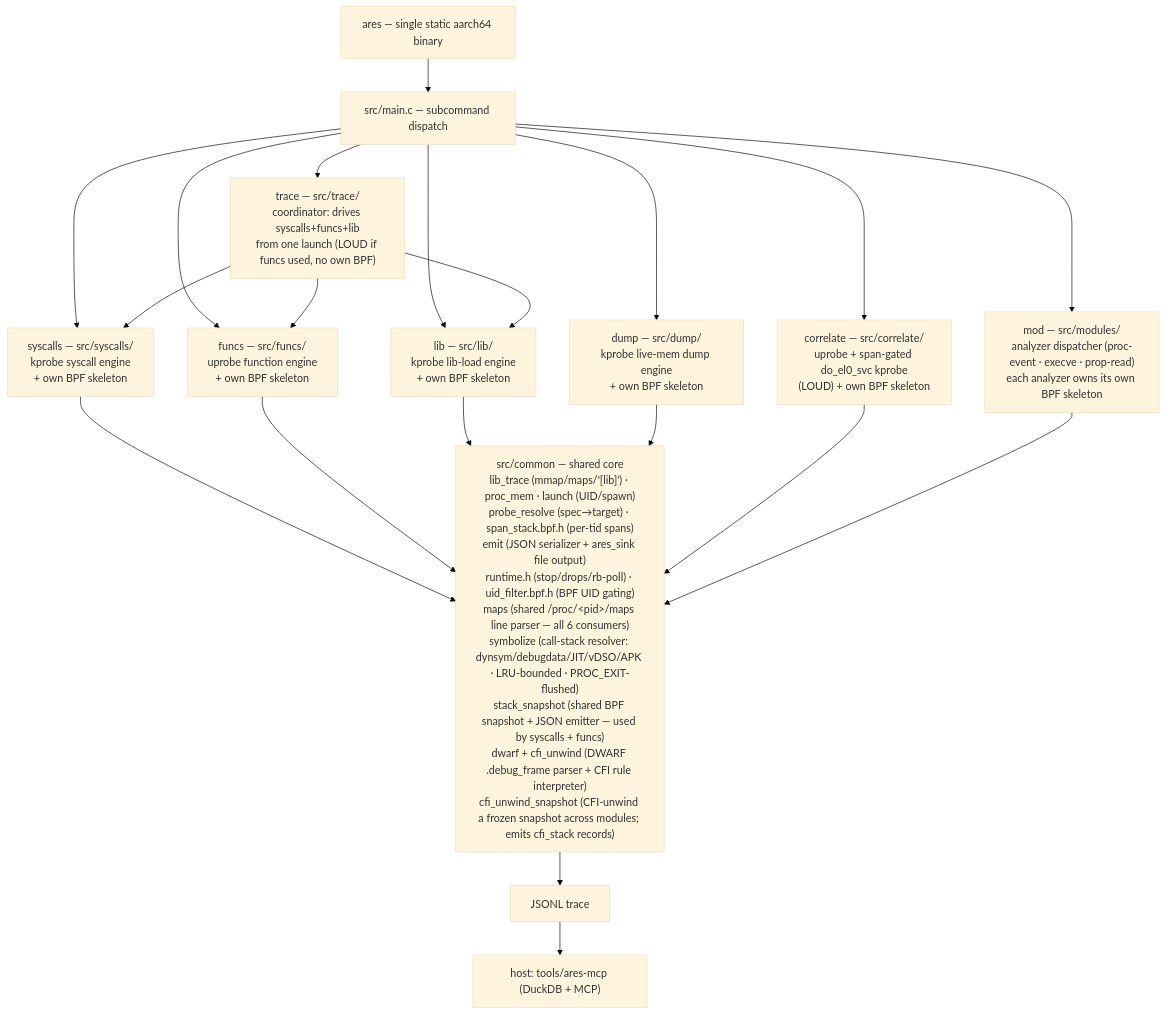
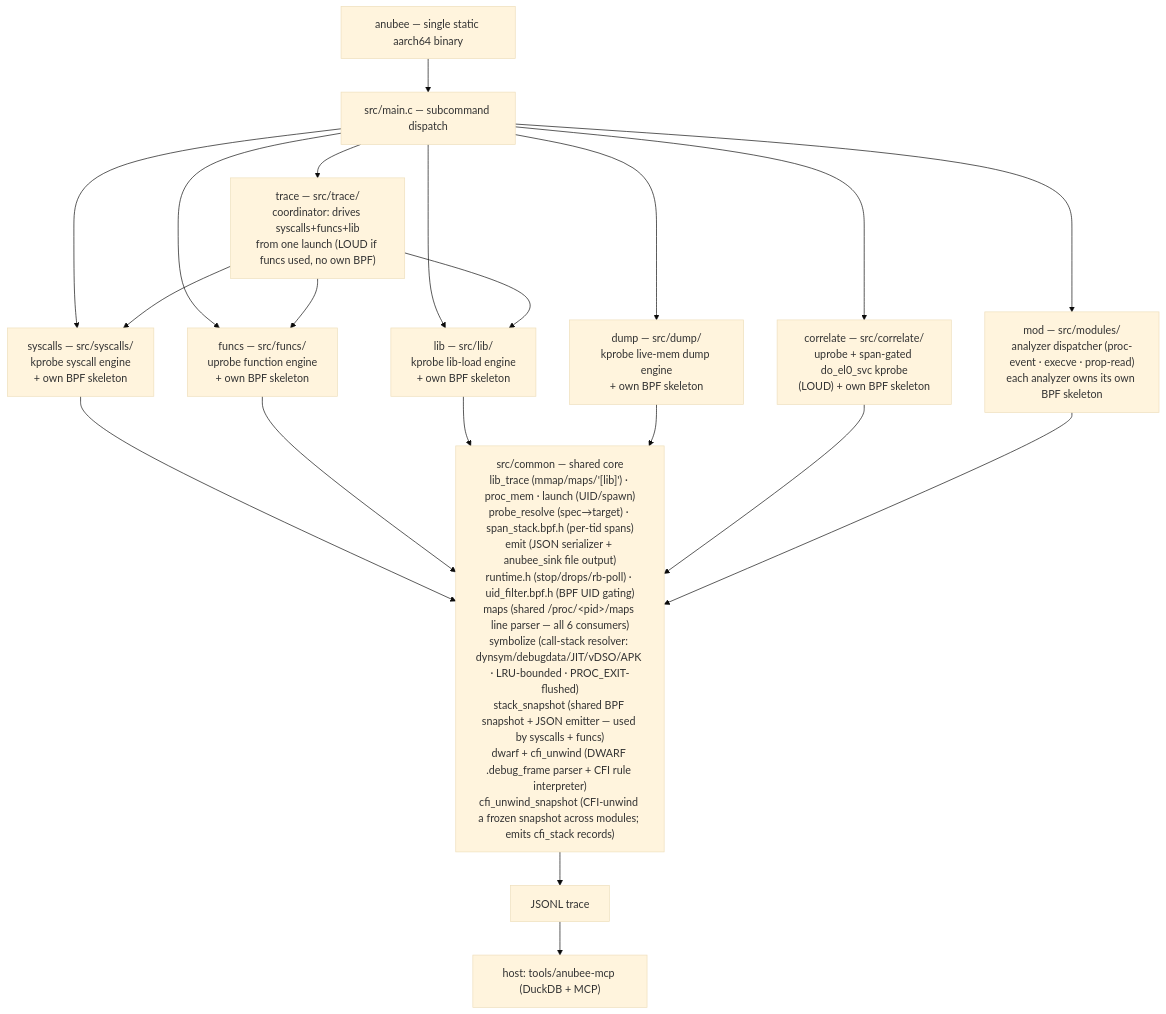
Before and after one commit to michaelaurelio/Anubee: the first of 4 diagrams in DOCUMENTATION.md, drawn with Mermaid (base theme). The commit also changed other lines of this file and 198 other files, not shown here.

First line of the commit message:
repo: rename project ARES to Anubee

````diff
--- a/DOCUMENTATION.md
+++ b/DOCUMENTATION.md
@@ -17,35 +17,35 @@
 ```mermaid
 flowchart TD
-    ares["ares — single static aarch64 binary"]
+    anubee["anubee — single static aarch64 binary"]
     main["src/main.c — subcommand dispatch"]
     syscalls["syscalls — src/syscalls/<br/>kprobe syscall engine<br/>+ own BPF skeleton"]
     funcs["funcs — src/funcs/<br/>uprobe function engine<br/>+ own BPF skeleton"]
     lib["lib — src/lib/<br/>kprobe lib-load engine<br/>+ own BPF skeleton"]
     dump["dump — src/dump/<br/>kprobe live-mem dump engine<br/>+ own BPF skeleton"]
     correlate["correlate — src/correlate/<br/>uprobe + span-gated do_el0_svc kprobe<br/>(LOUD) + own BPF skeleton"]
     tracecmd["trace — src/trace/<br/>coordinator: drives syscalls+funcs+lib<br/>from one launch (LOUD if funcs used, no own BPF)"]
     mod["mod — src/modules/<br/>analyzer dispatcher (proc-event · execve · prop-read)<br/>each analyzer owns its own BPF skeleton"]
-    common["src/common — shared core<br/>lib_trace (mmap/maps/'[lib]') · proc_mem · launch (UID/spawn)<br/>probe_resolve (spec→target) · span_stack.bpf.h (per-tid spans)<br/>emit (JSON serializer + ares_sink file output)<br/>runtime.h (stop/drops/rb-poll) · uid_filter.bpf.h (BPF UID gating)<br/>maps (shared /proc/&lt;pid&gt;/maps line parser — all 6 consumers)<br/>symbolize (call-stack resolver: dynsym/debugdata/JIT/vDSO/APK · LRU-bounded · PROC_EXIT-flushed)<br/>stack_snapshot (shared BPF snapshot + JSON emitter — used by syscalls + funcs)<br/>dwarf + cfi_unwind (DWARF .debug_frame parser + CFI rule interpreter)<br/>cfi_unwind_snapshot (CFI-unwind a frozen snapshot across modules; emits cfi_stack records)"]
+    common["src/common — shared core<br/>lib_trace (mmap/maps/'[lib]') · proc_mem · launch (UID/spawn)<br/>probe_resolve (spec→target) · span_stack.bpf.h (per-tid spans)<br/>emit (JSON serializer + anubee_sink file output)<br/>runtime.h (stop/drops/rb-poll) · uid_filter.bpf.h (BPF UID gating)<br/>maps (shared /proc/&lt;pid&gt;/maps line parser — all 6 consumers)<br/>symbolize (call-stack resolver: dynsym/debugdata/JIT/vDSO/APK · LRU-bounded · PROC_EXIT-flushed)<br/>stack_snapshot (shared BPF snapshot + JSON emitter — used by syscalls + funcs)<br/>dwarf + cfi_unwind (DWARF .debug_frame parser + CFI rule interpreter)<br/>cfi_unwind_snapshot (CFI-unwind a frozen snapshot across modules; emits cfi_stack records)"]
     trace["JSONL trace"]
-    mcp["host: tools/ares-mcp (DuckDB + MCP)"]
+    mcp["host: tools/anubee-mcp (DuckDB + MCP)"]
 
-    ares --> main
+    anubee --> main
     main --> syscalls
     main --> funcs
     main --> lib
     main --> dump
     main --> correlate
     main --> tracecmd
     main --> mod
     tracecmd --> syscalls
     tracecmd --> funcs
     tracecmd --> lib
     syscalls --> common
     funcs --> common
     lib --> common
     dump --> common
     correlate --> common
     mod --> common
     common --> trace
     trace --> mcp
 ```
````
